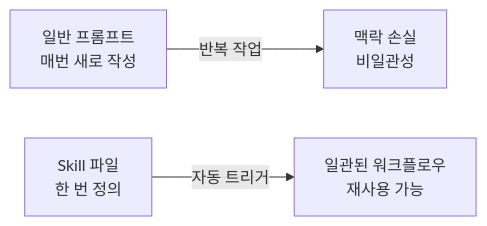
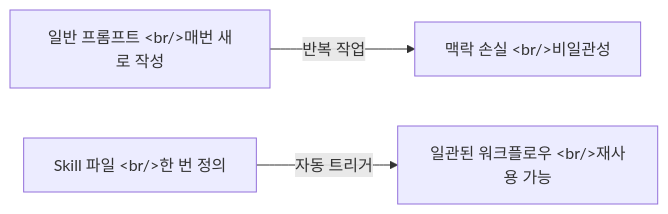
One commit to ice-ice-bear/ice-ice-bear.github.io changed the second of 5 diagrams in content/posts/2026-03-04-claude-code-skills-subagents-commands.md. Above: the diagram before and after it, drawn with Mermaid. The commit also changed other lines of this file and 5 other files, not shown here.

First line of the commit message:
fix: use HTML entities for <br/> in mermaid labels to prevent Hugo safeHTML rendering

````diff
--- a/content/posts/2026-03-04-claude-code-skills-subagents-commands.md
+++ b/content/posts/2026-03-04-claude-code-skills-subagents-commands.md
@@ -32,5 +32,5 @@
 ```mermaid
 graph LR
-    Normal["일반 프롬프트<br/>매번 새로 작성"] -->|반복 작업| Waste["맥락 손실<br/>비일관성"]
-    Skill["Skill 파일<br/>한 번 정의"] -->|자동 트리거| Consistent["일관된 워크플로우<br/>재사용 가능"]
+    Normal["일반 프롬프트 &lt;br/&gt;매번 새로 작성"] -->|반복 작업| Waste["맥락 손실 &lt;br/&gt;비일관성"]
+    Skill["Skill 파일 &lt;br/&gt;한 번 정의"] -->|자동 트리거| Consistent["일관된 워크플로우 &lt;br/&gt;재사용 가능"]
 ```
````
